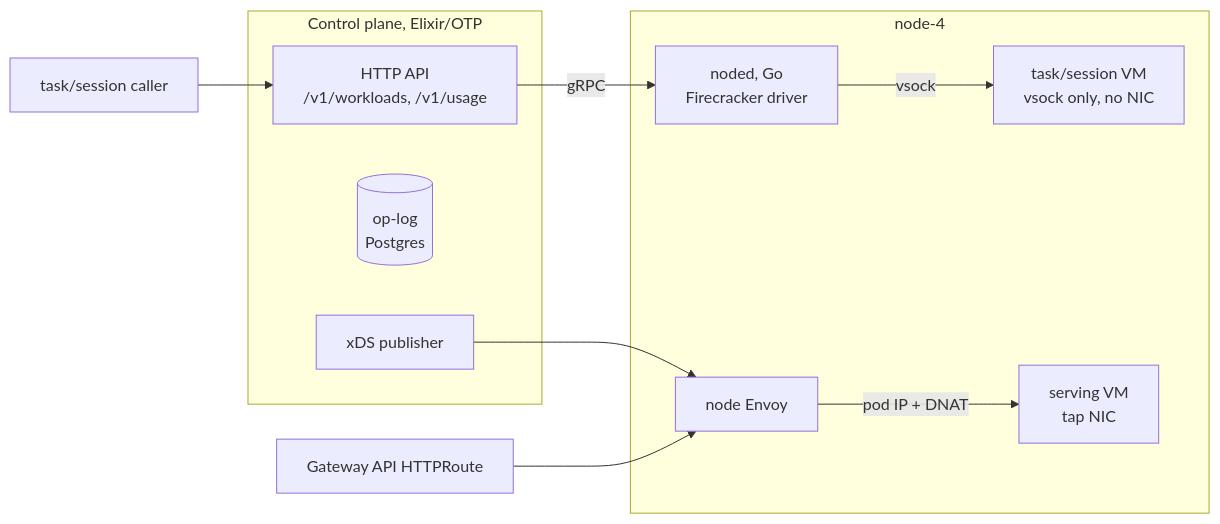
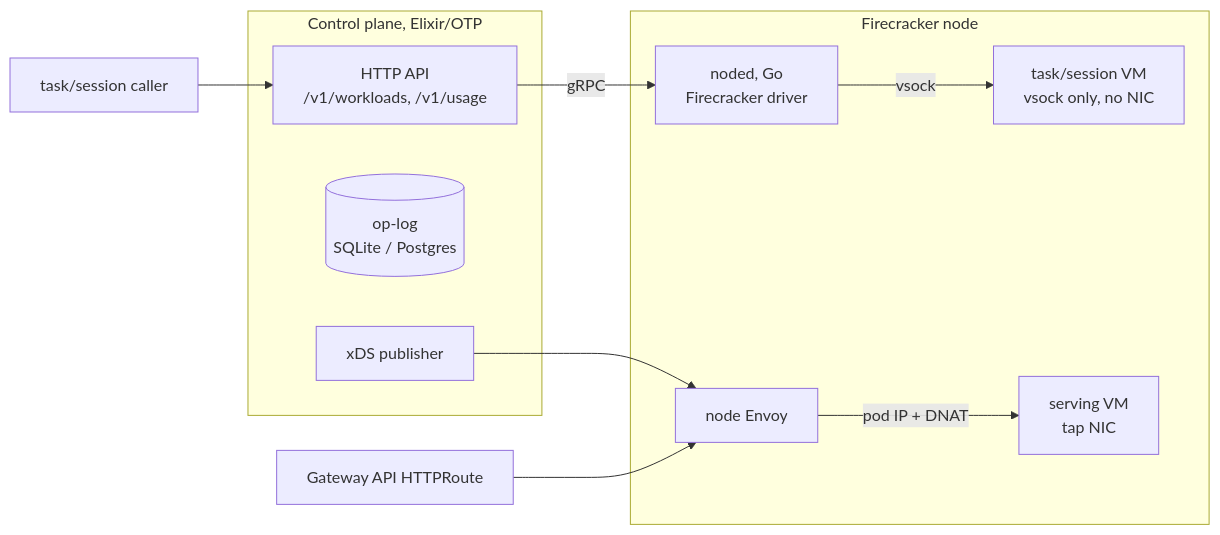
The diagram in projects/embervm/README.md (jomcgi-org/homelab), drawn with Mermaid before and after one commit. The commit also changed other lines of this file, not shown here.

````diff
--- a/projects/embervm/README.md
+++ b/projects/embervm/README.md
@@ -20,22 +68,22 @@
 ```mermaid
 graph LR
     subgraph cp [Control plane, Elixir/OTP]
         API[HTTP API<br/>/v1/workloads, /v1/usage]
-        OPLOG[(op-log<br/>Postgres)]
+        OPLOG[(op-log<br/>SQLite / Postgres)]
         XDS[xDS publisher]
     end
 
-    subgraph node4 [node-4]
+    subgraph brick [Firecracker node]
         NODED[noded, Go<br/>Firecracker driver]
         ENVOY[node Envoy]
         VM1[task/session VM<br/>vsock only, no NIC]
         VM2[serving VM<br/>tap NIC]
     end
 
     CALLER[task/session caller] --> API
     API -->|gRPC| NODED
     NODED -->|vsock| VM1
     EDGE[Gateway API HTTPRoute] --> ENVOY
     XDS --> ENVOY
     ENVOY -->|pod IP + DNAT| VM2
 ```
````
